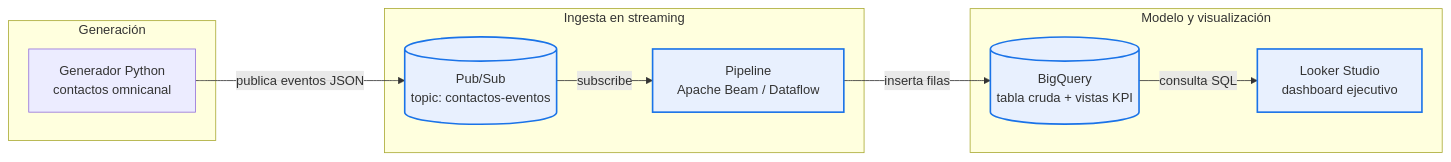
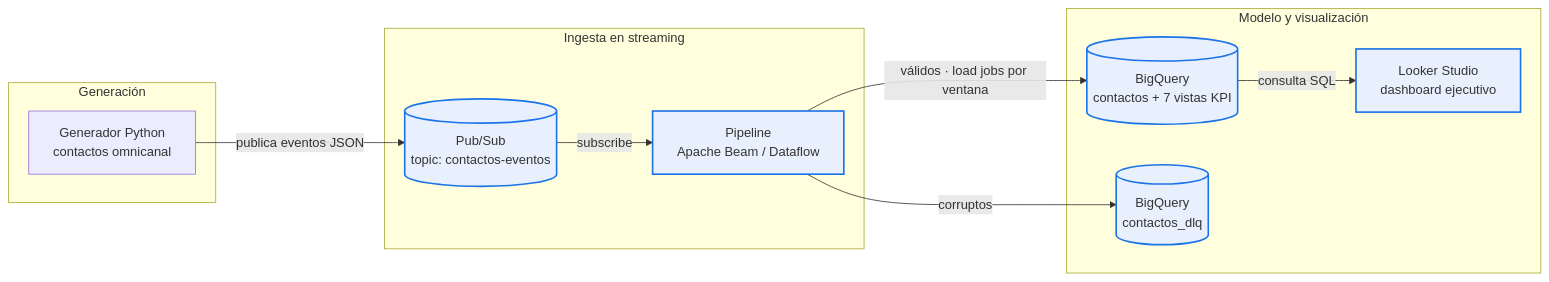
One commit to JulioPradenas/torre-control-contact-center changed the diagram in README.md. Above: the diagram before and after it, drawn with Mermaid. The commit also changed other lines of this file, not shown here.

````diff
--- a/README.md
+++ b/README.md
@@ -44,24 +44,26 @@
 ```mermaid
 flowchart LR
     subgraph Gen["Generación"]
         G[Generador Python<br/>contactos omnicanal]
     end
 
     subgraph Stream["Ingesta en streaming"]
         T[(Pub/Sub<br/>topic: contactos-eventos)]
         P[Pipeline<br/>Apache Beam / Dataflow]
     end
 
     subgraph Analytics["Modelo y visualización"]
-        BQ[(BigQuery<br/>tabla cruda + vistas KPI)]
+        BQ[(BigQuery<br/>contactos + 7 vistas KPI)]
+        DLQ[(BigQuery<br/>contactos_dlq)]
         L[Looker Studio<br/>dashboard ejecutivo]
     end
 
     G -->|publica eventos JSON| T
     T -->|subscribe| P
-    P -->|inserta filas| BQ
+    P -->|válidos · load jobs por ventana| BQ
+    P -->|corruptos| DLQ
     BQ -->|consulta SQL| L
 
     classDef gcp fill:#e8f0fe,stroke:#1a73e8,stroke-width:2px
-    class T,P,BQ,L gcp
+    class T,P,BQ,DLQ,L gcp
 ```
````
